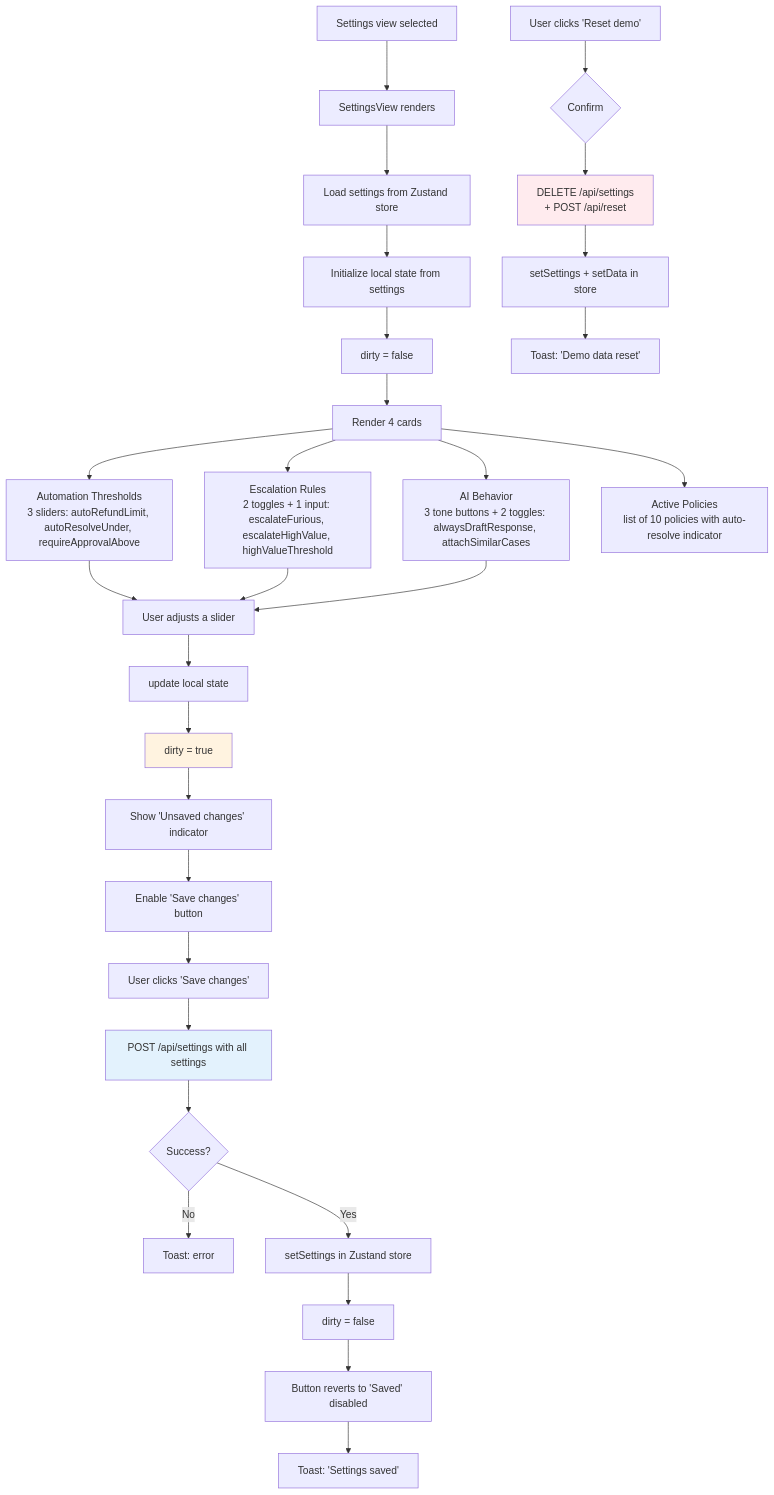
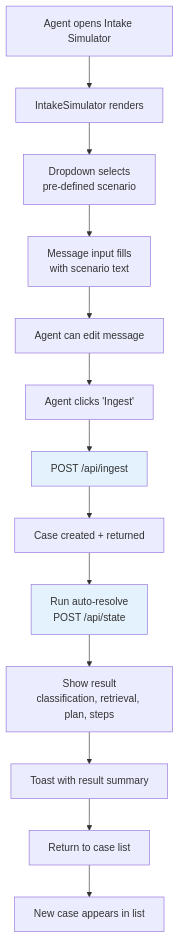
One commit to rmn2178/TENTACLE changed diagram 23 of 26 in README.md. Above: the diagram before and after it, drawn with Mermaid. The commit also changed other lines of this file and 14 other files, not shown here.

````diff
--- a/README.md
+++ b/README.md
@@ -1387,39 +1225,18 @@
 ```mermaid
 flowchart TD
-    A[Settings view selected] --> B[SettingsView renders]
-    B --> C[Load settings from Zustand store]
-    C --> D[Initialize local state from settings]
-    D --> E[dirty = false]
+    A[Agent opens Intake Simulator] --> B[IntakeSimulator renders]
+    B --> C[Dropdown selects<br/>pre-defined scenario]
+    C --> D[Message input fills<br/>with scenario text]
+    D --> E[Agent can edit message]
+    E --> F[Agent clicks 'Ingest']
+    F --> G[POST /api/ingest]
+    G --> H[Case created + returned]
+    H --> I[Run auto-resolve<br/>POST /api/state]
+    I --> J[Show result<br/>classification, retrieval, plan, steps]
+    J --> K[Toast with result summary]
+    K --> L[Return to case list]
+    L --> M[New case appears in list]
 
-    E --> F[Render 4 cards]
-    F --> F1[Automation Thresholds<br/>3 sliders: autoRefundLimit, autoResolveUnder, requireApprovalAbove]
-    F --> F2[Escalation Rules<br/>2 toggles + 1 input: escalateFurious, escalateHighValue, highValueThreshold]
-    F --> F3[AI Behavior<br/>3 tone buttons + 2 toggles: alwaysDraftResponse, attachSimilarCases]
-    F --> F4[Active Policies<br/>list of 10 policies with auto-resolve indicator]
-
-    F1 --> G[User adjusts a slider]
-    F2 --> G
-    F3 --> G
-    G --> G1[update local state]
-    G1 --> G2[dirty = true]
-    G2 --> G3[Show 'Unsaved changes' indicator]
-    G3 --> G4[Enable 'Save changes' button]
-
-    G4 --> H[User clicks 'Save changes']
-    H --> H1[POST /api/settings with all settings]
-    H1 --> H2{Success?}
-    H2 -- No --> H2a[Toast: error]
-    H2 -- Yes --> H3[setSettings in Zustand store]
-    H3 --> H4[dirty = false]
-    H4 --> H5[Button reverts to 'Saved' disabled]
-    H5 --> H6[Toast: 'Settings saved']
-
-    I[User clicks 'Reset demo'] --> I1{Confirm}
-    I1 --> I2[DELETE /api/settings<br/>+ POST /api/reset]
-    I2 --> I3[setSettings + setData in store]
-    I3 --> I4[Toast: 'Demo data reset']
-
-    style G2 fill:#fff3e0
-    style H1 fill:#e3f2fd
-    style I2 fill:#ffebee
+    style G fill:#e3f2fd
+    style I fill:#e3f2fd
 ```
````
